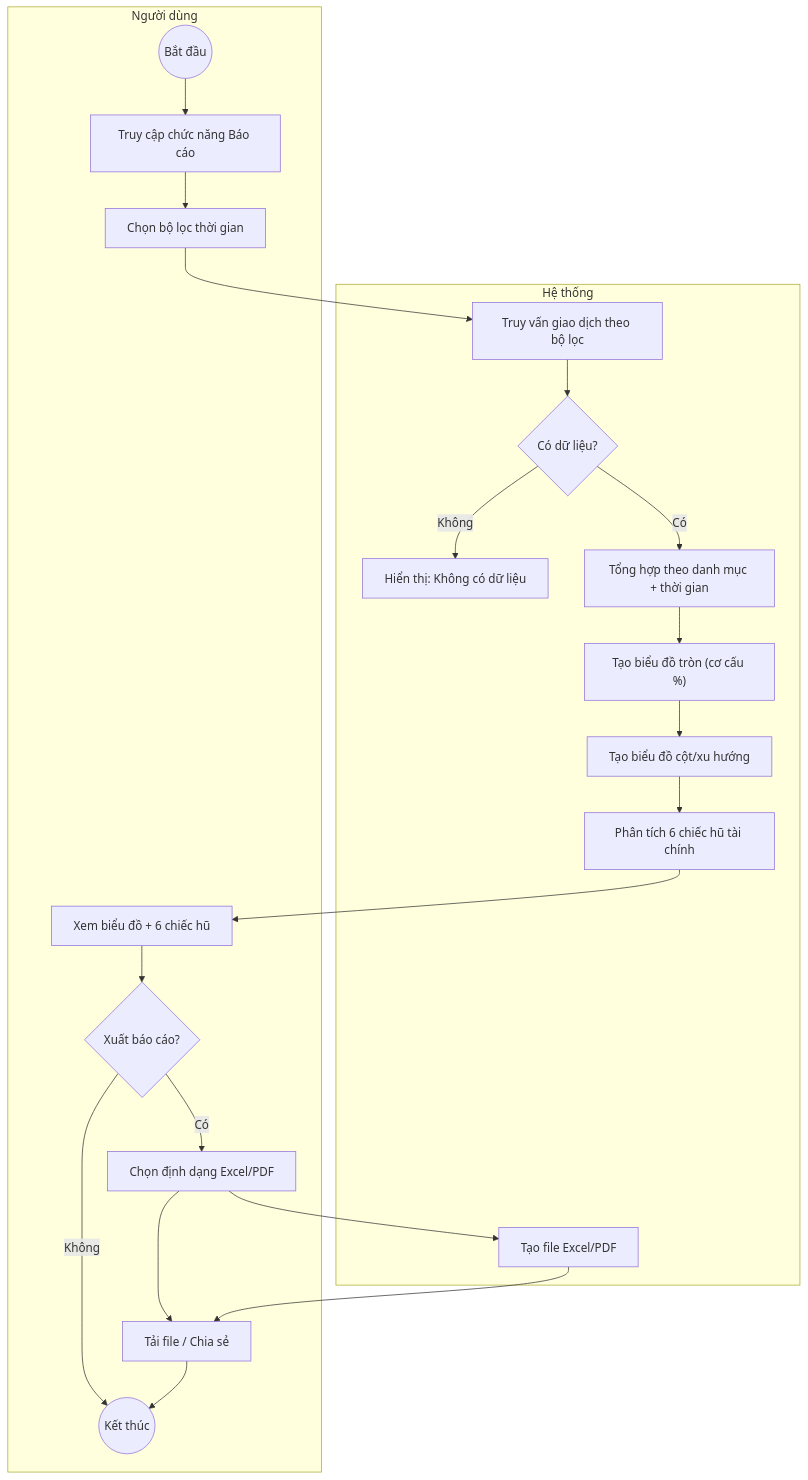
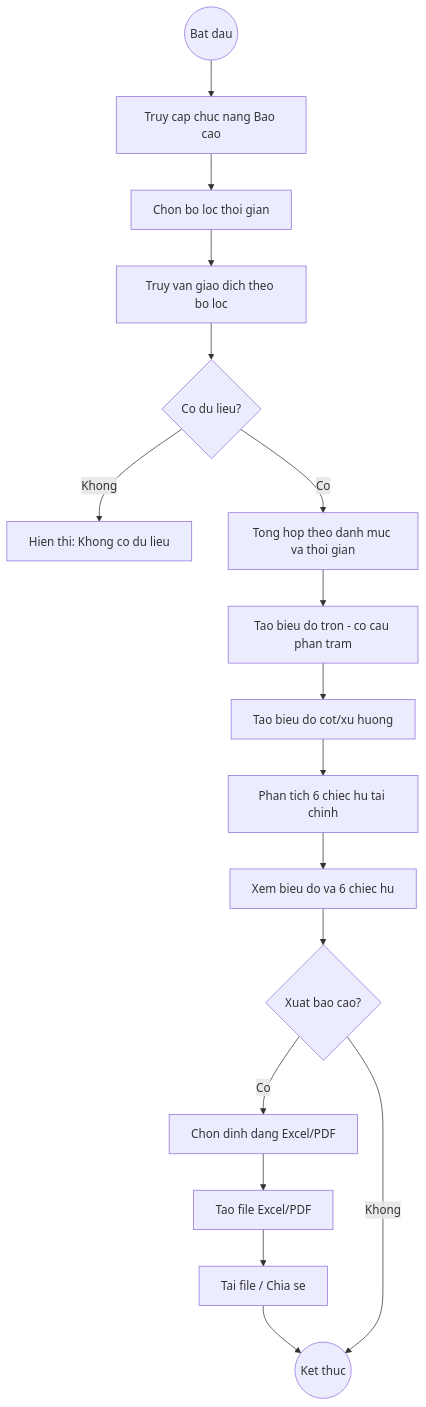
The ninth of 10 diagrams in Nghiên cứu MISA MoneyKeeper.md (Hieu-vn/Graduation-Thesis), drawn with Mermaid before and after one commit. The commit also changed other lines of this file, not shown here.

First line of the commit message:
fix: Rewrite all 10 mermaid diagrams for GitHub rendering

````diff
--- a/Nghiên cứu MISA MoneyKeeper.md
+++ b/Nghiên cứu MISA MoneyKeeper.md
@@ -309,24 +275,19 @@
 ```mermaid
 flowchart TD
-    subgraph "Người dùng"
-        A((Bắt đầu)) --> B[Truy cập chức năng Báo cáo]
-        B --> C["Chọn bộ lọc thời gian"]
-        H[Xem biểu đồ + 6 chiếc hũ] --> I{Xuất báo cáo?}
-        I -->|Có| J[Chọn định dạng Excel/PDF]
-        J --> K[Tải file / Chia sẻ]
-        I -->|Không| L((Kết thúc))
-        K --> L
-    end
-    subgraph "Hệ thống"
-        C --> D[Truy vấn giao dịch theo bộ lọc]
-        D --> D2{Có dữ liệu?}
-        D2 -->|Không| D3["Hiển thị: Không có dữ liệu"]
-        D2 -->|Có| E[Tổng hợp theo danh mục + thời gian]
-        E --> F["Tạo biểu đồ tròn (cơ cấu %)"]
-        F --> F2["Tạo biểu đồ cột/xu hướng"]
-        F2 --> G["Phân tích 6 chiếc hũ tài chính"]
-        G --> H
-        J --> J2[Tạo file Excel/PDF]
-        J2 --> K
-    end
+    A((Bat dau)) --> B[Truy cap chuc nang Bao cao]
+    B --> C[Chon bo loc thoi gian]
+    C --> D[Truy van giao dich theo bo loc]
+    D --> D2{Co du lieu?}
+    D2 -->|Khong| D3[Hien thi: Khong co du lieu]
+    D2 -->|Co| E[Tong hop theo danh muc va thoi gian]
+    E --> F[Tao bieu do tron - co cau phan tram]
+    F --> F2[Tao bieu do cot/xu huong]
+    F2 --> G[Phan tich 6 chiec hu tai chinh]
+    G --> H[Xem bieu do va 6 chiec hu]
+    H --> I{Xuat bao cao?}
+    I -->|Co| J[Chon dinh dang Excel/PDF]
+    J --> J2[Tao file Excel/PDF]
+    J2 --> K[Tai file / Chia se]
+    K --> L((Ket thuc))
+    I -->|Khong| L
 ```
````
